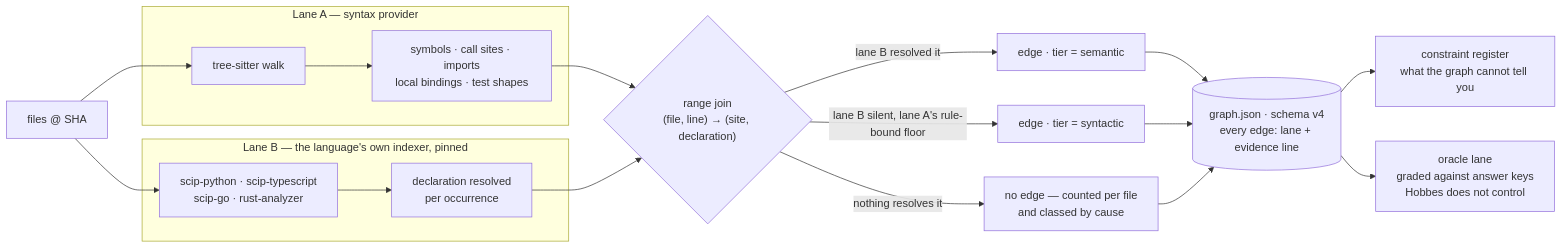
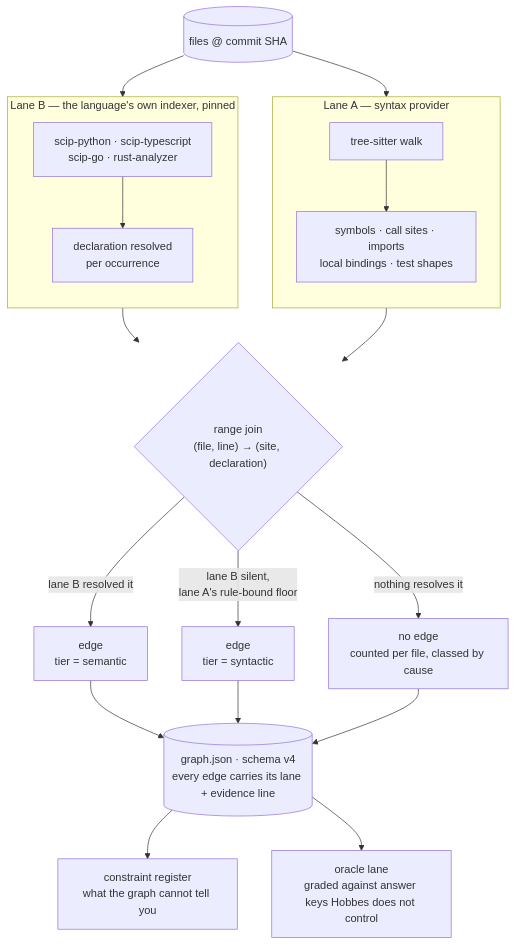
Before and after one commit to majax7714/Hobbes: the second of 3 diagrams in README.md, drawn with Mermaid.

Commit message:
docs(readme): extraction diagram top-down — lanes side by side, join and tiers stacked
Claude-Session: https://claude.ai/code/session_01BRQs65RRtpb8Xv48zVJRTQ

````diff
--- a/README.md
+++ b/README.md
@@ -96,22 +96,26 @@
 ```mermaid
-flowchart LR
-  F[files @ SHA]
+flowchart TB
+  F[("files @ commit SHA")]
+  F --> TS
+  F --> SCIP
   subgraph A["Lane A — syntax provider"]
+    direction TB
     TS[tree-sitter walk] --> S1["symbols · call sites · imports<br/>local bindings · test shapes"]
   end
   subgraph B["Lane B — the language's own indexer, pinned"]
-    SCIP[scip-python · scip-typescript<br/>scip-go · rust-analyzer] --> S2["declaration resolved<br/>per occurrence"]
+    direction TB
+    SCIP["scip-python · scip-typescript<br/>scip-go · rust-analyzer"] --> S2["declaration resolved<br/>per occurrence"]
   end
-  F --> TS
-  F --> SCIP
-  S1 --> J{"range join<br/>(file, line) → (site, declaration)"}
+  S1 --> J
   S2 --> J
-  J -->|"lane B resolved it"| SEM["edge · tier = semantic"]
-  J -->|"lane B silent, lane A's rule-bound floor"| SYN["edge · tier = syntactic"]
-  J -->|"nothing resolves it"| TAIL["no edge — counted per file<br/>and classed by cause"]
-  SEM --> G[("graph.json · schema v4<br/>every edge: lane + evidence line")]
+  J{"range join<br/>(file, line) → (site, declaration)"}
+  J -->|"lane B resolved it"| SEM["edge<br/>tier = semantic"]
+  J -->|"lane B silent,<br/>lane A's rule-bound floor"| SYN["edge<br/>tier = syntactic"]
+  J -->|"nothing resolves it"| TAIL["no edge<br/>counted per file, classed by cause"]
+  SEM --> G
   SYN --> G
   TAIL --> G
+  G[("graph.json · schema v4<br/>every edge carries its lane + evidence line")]
   G --> REG["constraint register<br/>what the graph cannot tell you"]
-  G --> ORA["oracle lane<br/>graded against answer keys<br/>Hobbes does not control"]
+  G --> ORA["oracle lane<br/>graded against answer keys Hobbes does not control"]
 ```
````
